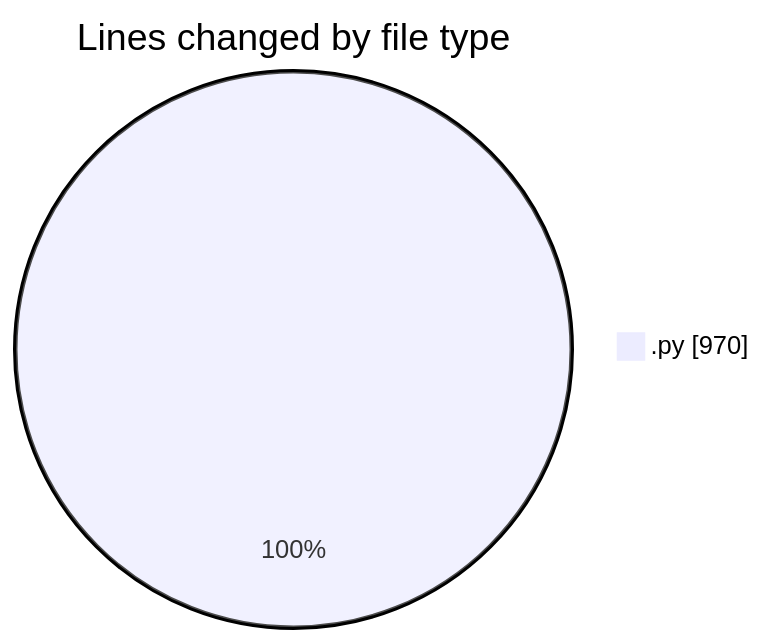
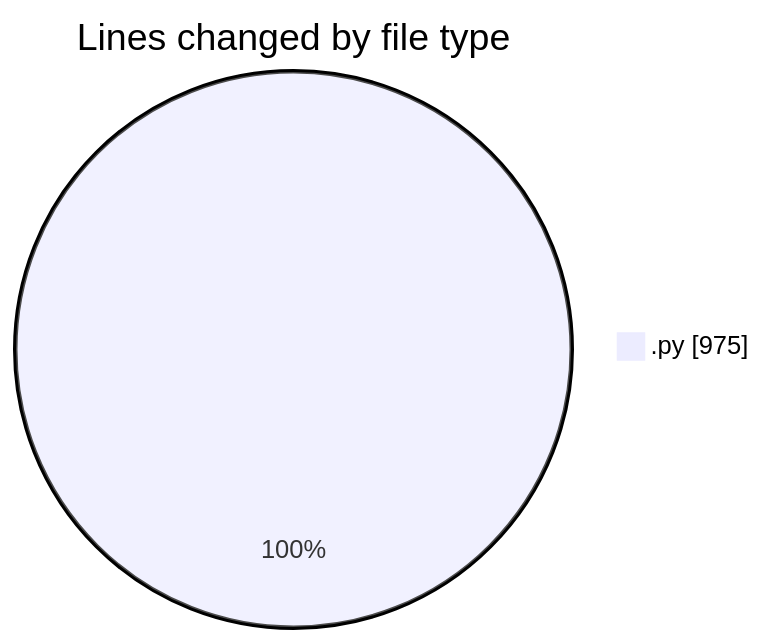
One commit to MatusMokan/code-tracking changed the first of 2 diagrams in 2025-03-18/myws__workspace_/README.md. Above: the diagram before and after it, drawn with Mermaid. The commit also changed other lines of this file and 1 other file, not shown here.

````diff
--- a/2025-03-18/myws__workspace_/README.md
+++ b/2025-03-18/myws__workspace_/README.md
@@ -22,5 +22,5 @@
 ```mermaid
 pie showData
 title Lines changed by file type
-".py" : 970
+".py" : 975
 ```
````
